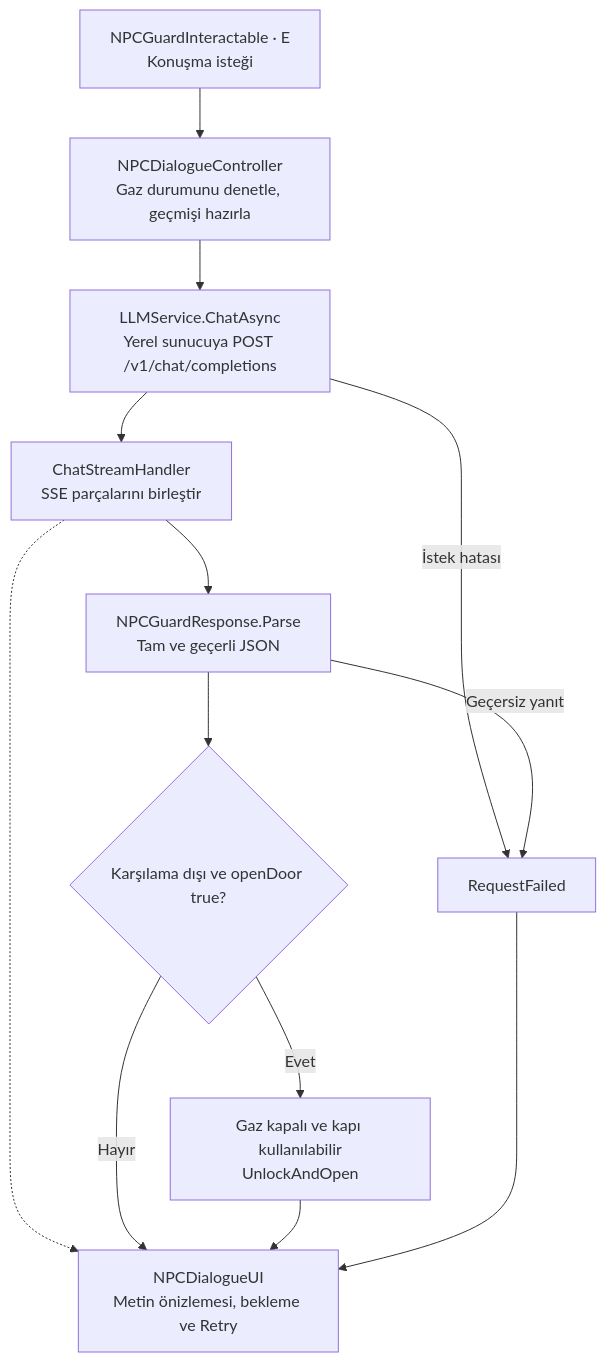
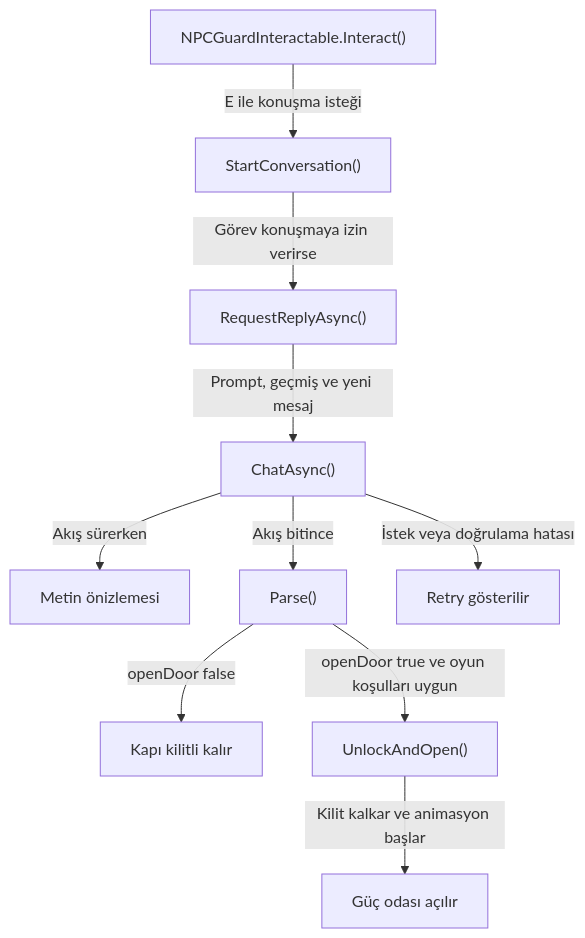
The first of 2 diagrams in docs/muhafiz.md (omerkocman/YazLab-1), drawn with Mermaid before and after one commit. The commit also changed other lines of this file and 13 other files, not shown here.

Commit message:
Clarify robot diagrams and local model test results

````diff
--- a/docs/muhafiz.md
+++ b/docs/muhafiz.md
@@ -5,15 +5,12 @@
 ```mermaid
 flowchart TD
-    A["NPCGuardInteractable · E<br/>Konuşma isteği"] --> B["NPCDialogueController<br/>Gaz durumunu denetle, geçmişi hazırla"]
-    B --> C["LLMService.ChatAsync<br/>Yerel sunucuya POST /v1/chat/completions"]
-    C --> D["ChatStreamHandler<br/>SSE parçalarını birleştir"]
-    D --> E["NPCGuardResponse.Parse<br/>Tam ve geçerli JSON"]
-    D -.-> U["NPCDialogueUI<br/>Metin önizlemesi, bekleme ve Retry"]
-    E --> F{"Karşılama dışı ve openDoor true?"}
-    F -- "Hayır" --> U
-    F -- "Evet" --> G["Gaz kapalı ve kapı kullanılabilir<br/>UnlockAndOpen"]
-    G --> U
-    C -- "İstek hatası" --> H["RequestFailed"]
-    E -- "Geçersiz yanıt" --> H
-    H --> U
+    A["NPCGuardInteractable.Interact()"] -->|"E ile konuşma isteği"| B["StartConversation()"]
+    B -->|"Görev konuşmaya izin verirse"| C["RequestReplyAsync()"]
+    C -->|"Prompt, geçmiş ve yeni mesaj"| D["ChatAsync()"]
+    D -->|"Akış sürerken"| P["Metin önizlemesi"]
+    D -->|"Akış bitince"| E["Parse()"]
+    E -->|"openDoor false"| R["Kapı kilitli kalır"]
+    E -->|"openDoor true ve oyun koşulları uygun"| G["UnlockAndOpen()"]
+    G -->|"Kilit kalkar ve animasyon başlar"| O["Güç odası açılır"]
+    D -->|"İstek veya doğrulama hatası"| H["Retry gösterilir"]
 ```
````
